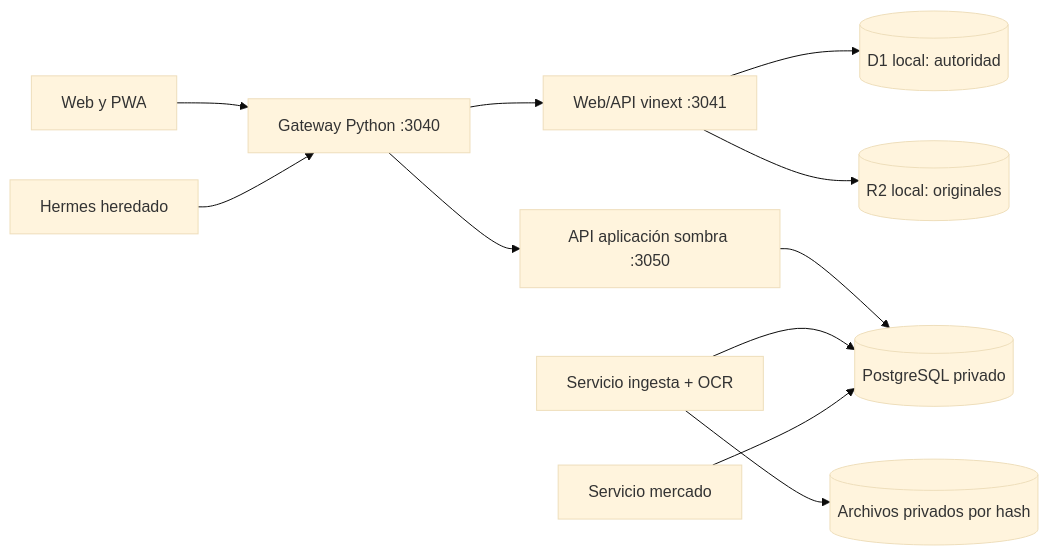
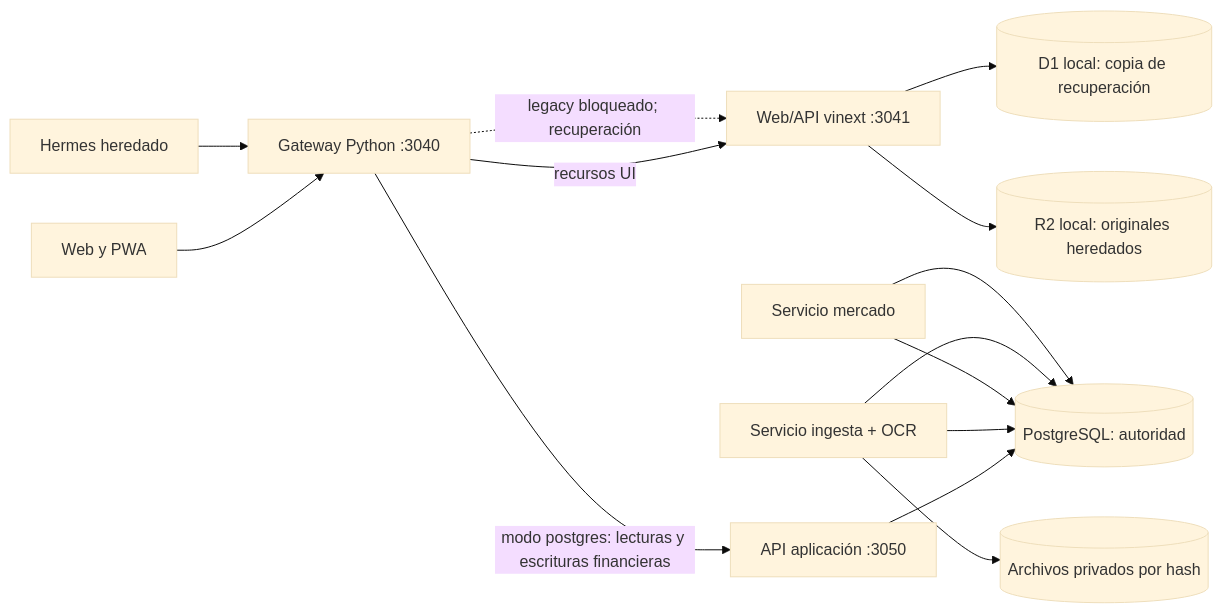
The diagram in docs/ESPECIFICACION_TECNICA.md (jorgefranchella-coder/juanca-finance-assitance), drawn with Mermaid (base theme) before and after one commit. The commit also changed other lines of this file and 8 other files, not shown here.

Commit message:
Document PostgreSQL authority cutover

````diff
--- a/docs/ESPECIFICACION_TECNICA.md
+++ b/docs/ESPECIFICACION_TECNICA.md
@@ -7,13 +10,16 @@
 ```mermaid
 flowchart LR
   Browser[Web y PWA] --> Gateway[Gateway Python :3040]
-  Gateway --> Worker[Web/API vinext :3041]
-  Worker --> D1[(D1 local: autoridad)]
-  Worker --> R2[(R2 local: originales)]
-  Gateway --> Shadow[API aplicación sombra :3050]
-  Shadow --> PG[(PostgreSQL privado)]
+  Gateway -->|recursos UI| Worker[Web/API vinext :3041]
+  Gateway -->|modo postgres: lecturas y escrituras financieras| App[API aplicación :3050]
+  App --> PG[(PostgreSQL: autoridad)]
+  Ingest --> PG
+  Market --> PG
+  Gateway -.->|legacy bloqueado; recuperación| Worker[Web/API vinext :3041]
+  Worker --> D1[(D1 local: copia de recuperación)]
+  Worker --> R2[(R2 local: originales heredados)]
   Ingest[Servicio ingesta + OCR] --> PG
   Market[Servicio mercado] --> PG
   Ingest --> Files[(Archivos privados por hash)]
   Hermes[Hermes heredado] --> Gateway
 ```
````
